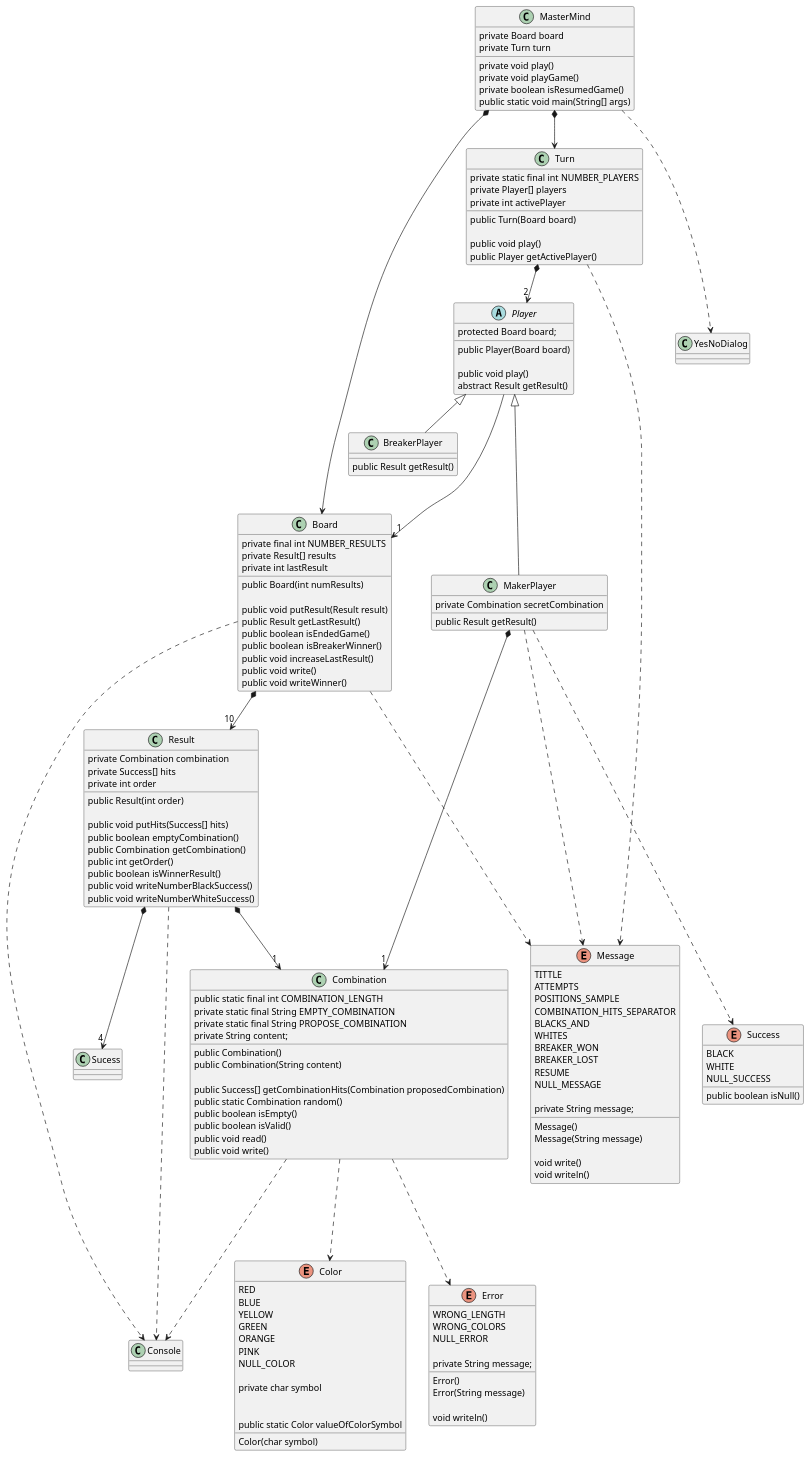
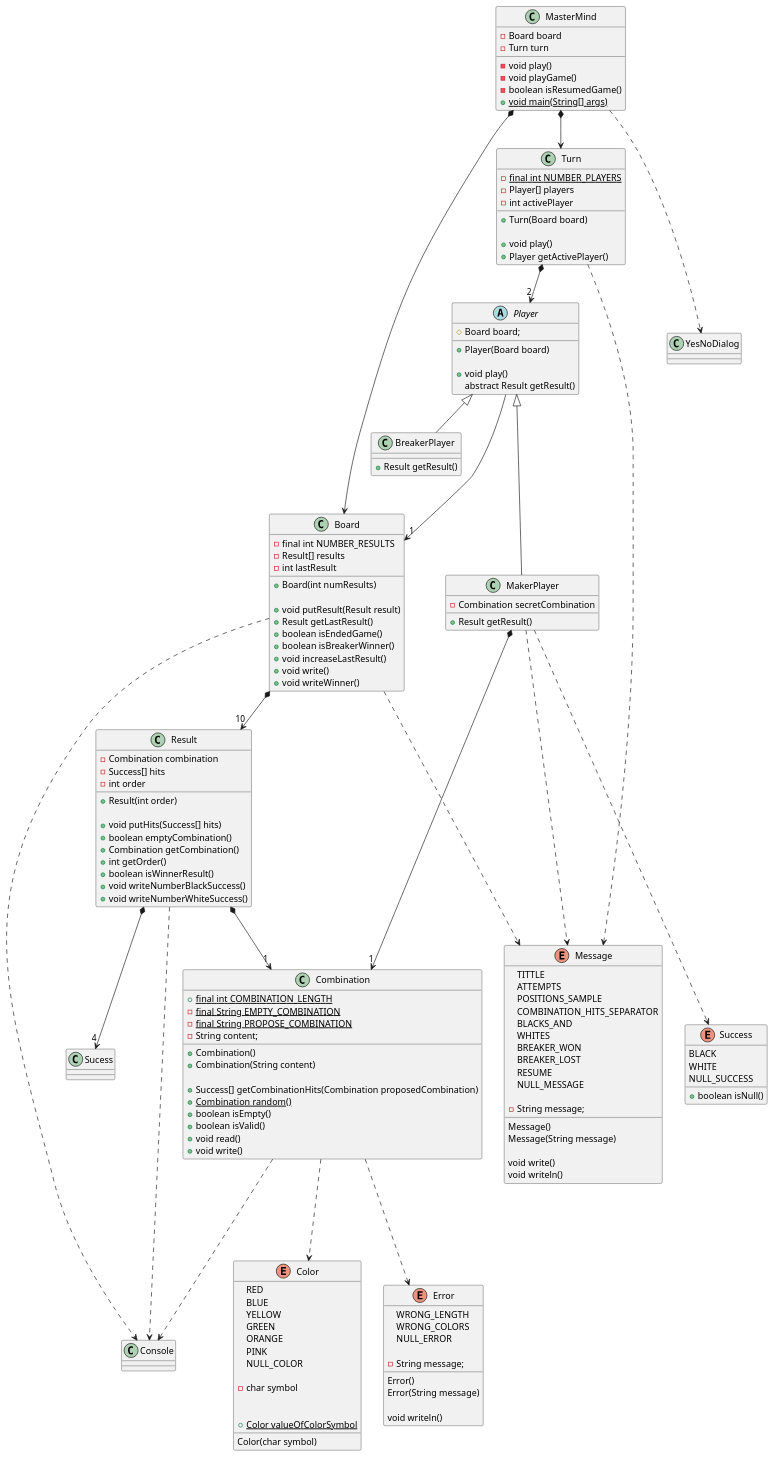
Before and after one commit to atuncontomate/mastercloudapps-mastermind: the diagram in domain-model.puml, drawn with PlantUML.

Commit message:
Updated domainModel UML

```diff
--- a/domain-model.puml
+++ b/domain-model.puml
@@ -1,175 +1,175 @@
 @startuml
 class MasterMind {
-    private Board board
-    private Turn turn
+    - Board board
+    - Turn turn
 
-    private void play()
-    private void playGame()
-    private boolean isResumedGame()
-    public static void main(String[] args)
+    - void play()
+    - void playGame()
+    - boolean isResumedGame()
+    + {static} void main(String[] args)
 }
 
 class Board {
-    private final int NUMBER_RESULTS
-    private Result[] results
-    private int lastResult
+    - final int NUMBER_RESULTS
+    - Result[] results
+    - int lastResult
 
-    public Board(int numResults)
+    + Board(int numResults)
 
-    public void putResult(Result result)
-    public Result getLastResult()
-    public boolean isEndedGame()
-    public boolean isBreakerWinner()
-    public void increaseLastResult()
-    public void write()
-    public void writeWinner()
+    + void putResult(Result result)
+    + Result getLastResult()
+    + boolean isEndedGame()
+    + boolean isBreakerWinner()
+    + void increaseLastResult()
+    + void write()
+    + void writeWinner()
 }
 
 class Turn {
-    private static final int NUMBER_PLAYERS
-    private Player[] players
-    private int activePlayer
+    - {static} final int NUMBER_PLAYERS
+    - Player[] players
+    - int activePlayer
 
-    public Turn(Board board)
+    + Turn(Board board)
 
-    public void play()
-    public Player getActivePlayer()
+    + void play()
+    + Player getActivePlayer()
 }
 
 class Result {
-    private Combination combination
-    private Success[] hits
-    private int order
+    - Combination combination
+    - Success[] hits
+    - int order
 
-    public Result(int order)
+    + Result(int order)
 
-    public void putHits(Success[] hits)
-    public boolean emptyCombination()
-    public Combination getCombination()
-    public int getOrder()
-    public boolean isWinnerResult()
-    public void writeNumberBlackSuccess()
-    public void writeNumberWhiteSuccess()
+    + void putHits(Success[] hits)
+    + boolean emptyCombination()
+    + Combination getCombination()
+    + int getOrder()
+    + boolean isWinnerResult()
+    + void writeNumberBlackSuccess()
+    + void writeNumberWhiteSuccess()
 }
 
 
 abstract class Player {
-    protected Board board;
+    # Board board;
 
-    public Player(Board board)
+    + Player(Board board)
 
-    public void play()
+    + void play()
     abstract Result getResult()
 }
 
 class BreakerPlayer extends Player{
-    public Result getResult()
+    + Result getResult()
 }
 
 class MakerPlayer extends Player{
-    private Combination secretCombination
-    public Result getResult()
+    - Combination secretCombination
+    + Result getResult()
 }
 
 class Combination {
-    public static final int COMBINATION_LENGTH
-    private static final String EMPTY_COMBINATION
-    private static final String PROPOSE_COMBINATION
-    private String content;
+    + {static} final int COMBINATION_LENGTH
+    - {static} final String EMPTY_COMBINATION
+    - {static} final String PROPOSE_COMBINATION
+    - String content;
 
-    public Combination()
-    public Combination(String content)
+    + Combination()
+    + Combination(String content)
 
-    public Success[] getCombinationHits(Combination proposedCombination)
-    public static Combination random()
-    public boolean isEmpty()
-    public boolean isValid()
-    public void read()
-    public void write()
+    + Success[] getCombinationHits(Combination proposedCombination)
+    + {static} Combination random()
+    + boolean isEmpty()
+    + boolean isValid()
+    + void read()
+    + void write()
 }
 
 enum Success {
 	BLACK
 	WHITE
 	NULL_SUCCESS
 
-	public boolean isNull()
+	+ boolean isNull()
 }
 enum Color {
 	RED
 	BLUE
 	YELLOW
 	GREEN
 	ORANGE
 	PINK
 	NULL_COLOR
 
-	private char symbol
+	- char symbol
 
 	Color(char symbol)
 
-	public static Color valueOfColorSymbol
+	+ {static} Color valueOfColorSymbol
 }
 
 enum Error {
 	WRONG_LENGTH
 	WRONG_COLORS
 	NULL_ERROR
 
-	private String message;
+	- String message;
 
 	Error()
 	Error(String message)
 
 	void writeln()
 }
 
 enum Message {
     TITTLE
     ATTEMPTS
     POSITIONS_SAMPLE
     COMBINATION_HITS_SEPARATOR
     BLACKS_AND
     WHITES
     BREAKER_WON
     BREAKER_LOST
     RESUME
     NULL_MESSAGE
 
-    private String message;
+    - String message;
 
     Message()
     Message(String message)
 
     void write()
     void writeln()
 }
 
 class Console
 class YesNoDialog
 
 MasterMind *--> Board
 MasterMind *--> Turn
 MasterMind ...> YesNoDialog
 MakerPlayer ...> Message
 
 Board *--> "10" Result
 Board ...> Console
 Board ...> Message
 
 Turn *--> "2" Player
 Turn ...> Message
 
 Result *--> "1" Combination
 Result *--> "4" Sucess
 Result ...> Console
 
 Player ---> "1" Board
 MakerPlayer *--> "1" Combination
 MakerPlayer ...> Success
 
 Combination ...> Console
 Combination ...> Color
 Combination ...> Error
 
 @enduml
```
